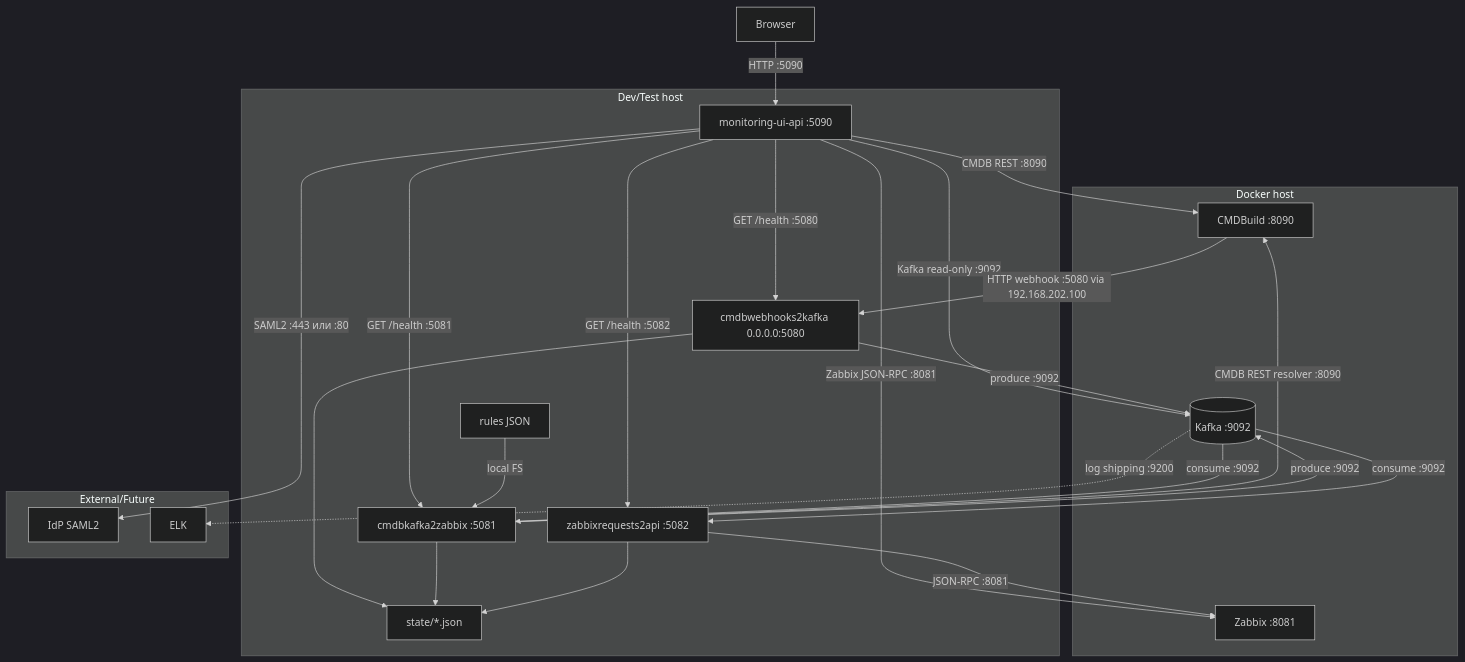
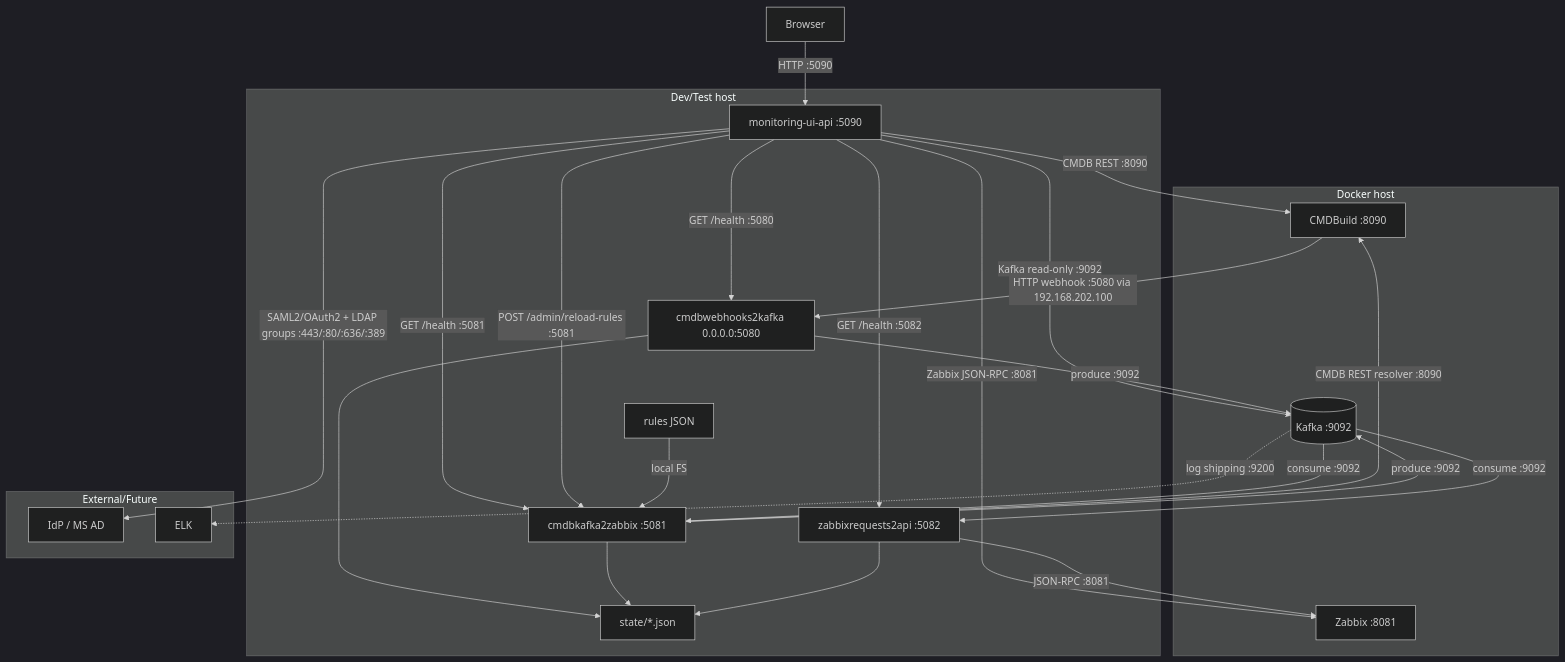
Before and after one commit to igorlyapin-max/cmdb2monitoring: the diagram in aa/deployment-test.mmd, drawn with Mermaid (dark theme). The commit also changed 66 other files, not shown here.

```diff
--- a/aa/deployment-test.mmd
+++ b/aa/deployment-test.mmd
@@ -1,41 +1,42 @@
 flowchart TB
     subgraph devhost[Dev/Test host]
         monui[monitoring-ui-api :5090]
         wh[cmdbwebhooks2kafka 0.0.0.0:5080]
         conv[cmdbkafka2zabbix :5081]
         api[zabbixrequests2api :5082]
         rules[rules JSON]
         state[state/*.json]
     end
 
     subgraph docker[Docker host]
         kafka[(Kafka :9092)]
         cmdb[CMDBuild :8090]
         zbx[Zabbix :8081]
     end
 
     subgraph external[External/Future]
-        idp[IdP SAML2]
+        idp[IdP / MS AD]
         elk[ELK]
     end
 
     browser[Browser] -->|HTTP :5090| monui
-    monui -->|SAML2 :443 или :80| idp
+    monui -->|SAML2/OAuth2 + LDAP groups :443/:80/:636/:389| idp
     monui -->|CMDB REST :8090| cmdb
     monui -->|Zabbix JSON-RPC :8081| zbx
     monui -->|Kafka read-only :9092| kafka
     monui -->|GET /health :5080| wh
     monui -->|GET /health :5081| conv
     monui -->|GET /health :5082| api
+    monui -->|POST /admin/reload-rules :5081| conv
     cmdb -->|HTTP webhook :5080 via 192.168.202.100| wh
     wh -->|produce :9092| kafka
     kafka -->|consume :9092| conv
     rules -->|local FS| conv
     conv -->|CMDB REST resolver :8090| cmdb
     conv -->|produce :9092| kafka
     kafka -->|consume :9092| api
     api -->|JSON-RPC :8081| zbx
     wh --> state
     conv --> state
     api --> state
     kafka -. log shipping :9200 .-> elk
```
